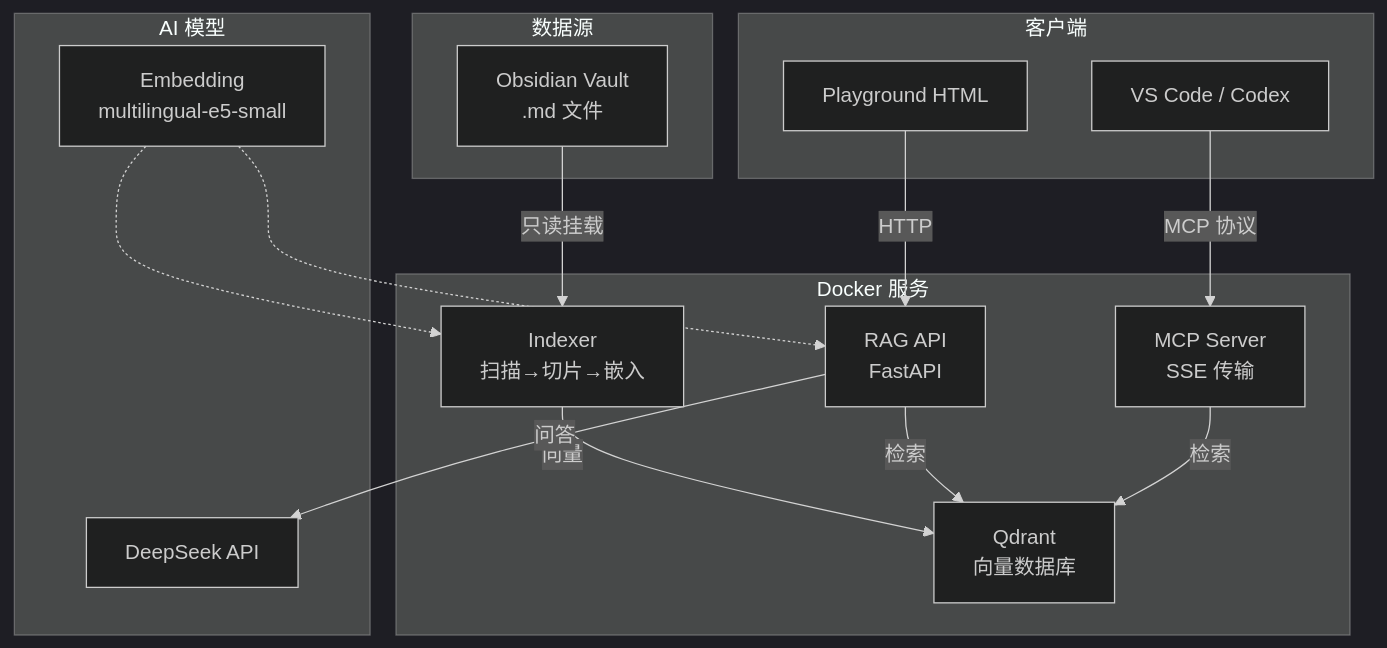
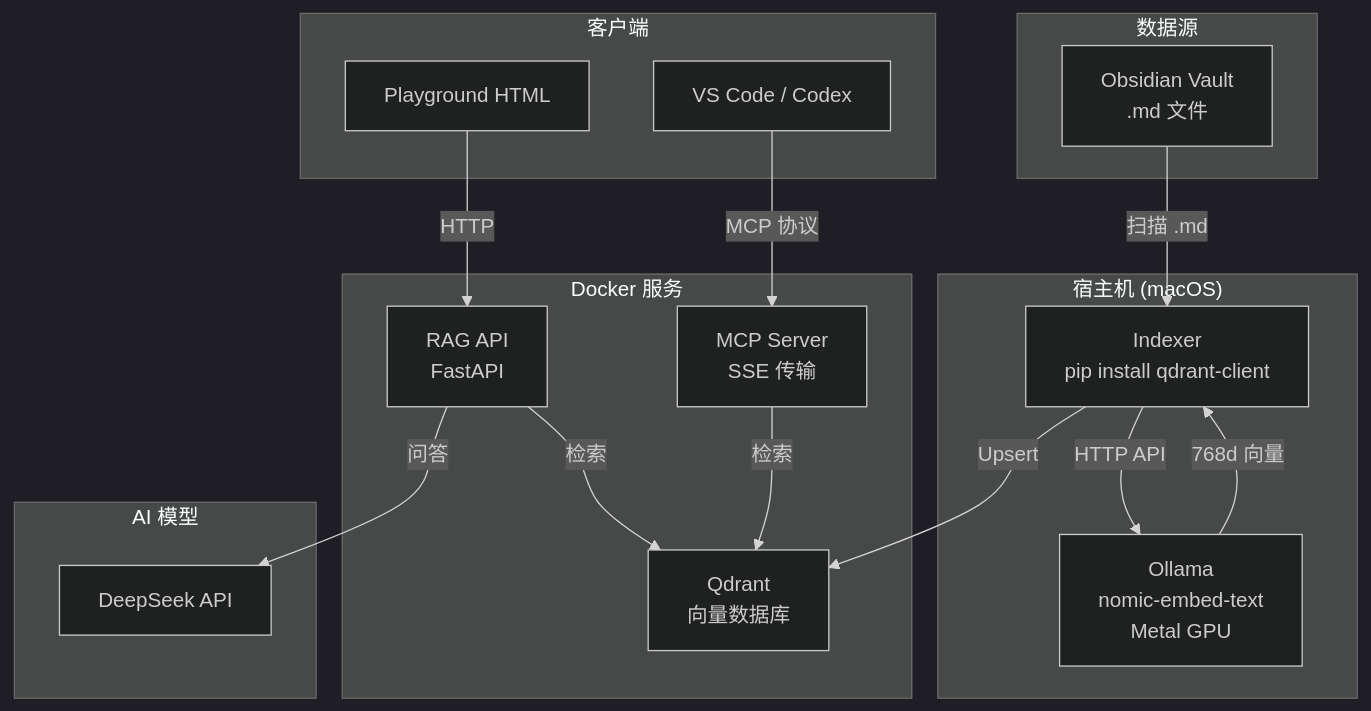
The diagram in 03 Skills/ai-rag-setup-guide.md (albertlisage-ux/AI-Brain), drawn with Mermaid (dark theme) before and after one commit. The commit also changed other lines of this file, not shown here.

Commit message:
📖 Update RAG guide: host-mode indexer, Ollama benchmarks, new troubleshooting

````diff
--- a/03 Skills/ai-rag-setup-guide.md
+++ b/03 Skills/ai-rag-setup-guide.md
@@ -7,33 +7,36 @@
 ```mermaid
 graph TB
     subgraph "数据源"
         OV[Obsidian Vault<br/>.md 文件]
     end
 
+    subgraph "宿主机 (macOS)"
+        IDX[Indexer<br/>pip install qdrant-client]
+        OLLAMA[Ollama<br/>nomic-embed-text<br/>Metal GPU]
+    end
+
     subgraph "Docker 服务"
-        IDX[Indexer<br/>扫描→切片→嵌入]
         QD[Qdrant<br/>向量数据库]
         API[RAG API<br/>FastAPI]
         MCP[MCP Server<br/>SSE 传输]
     end
 
     subgraph "AI 模型"
-        EMB[Embedding<br/>multilingual-e5-small]
         LLM[DeepSeek API]
     end
 
     subgraph "客户端"
         PG[Playground HTML]
         VS[VS Code / Codex]
     end
 
-    OV -->|只读挂载| IDX
-    IDX -->|向量| QD
-    EMB -.-> IDX
-    EMB -.-> API
+    OV -->|扫描 .md| IDX
+    IDX -->|HTTP API| OLLAMA
+    OLLAMA -->|768d 向量| IDX
+    IDX -->|Upsert| QD
     API -->|检索| QD
     API -->|问答| LLM
     PG -->|HTTP| API
     MCP -->|检索| QD
     VS -->|MCP 协议| MCP
 ```
````
